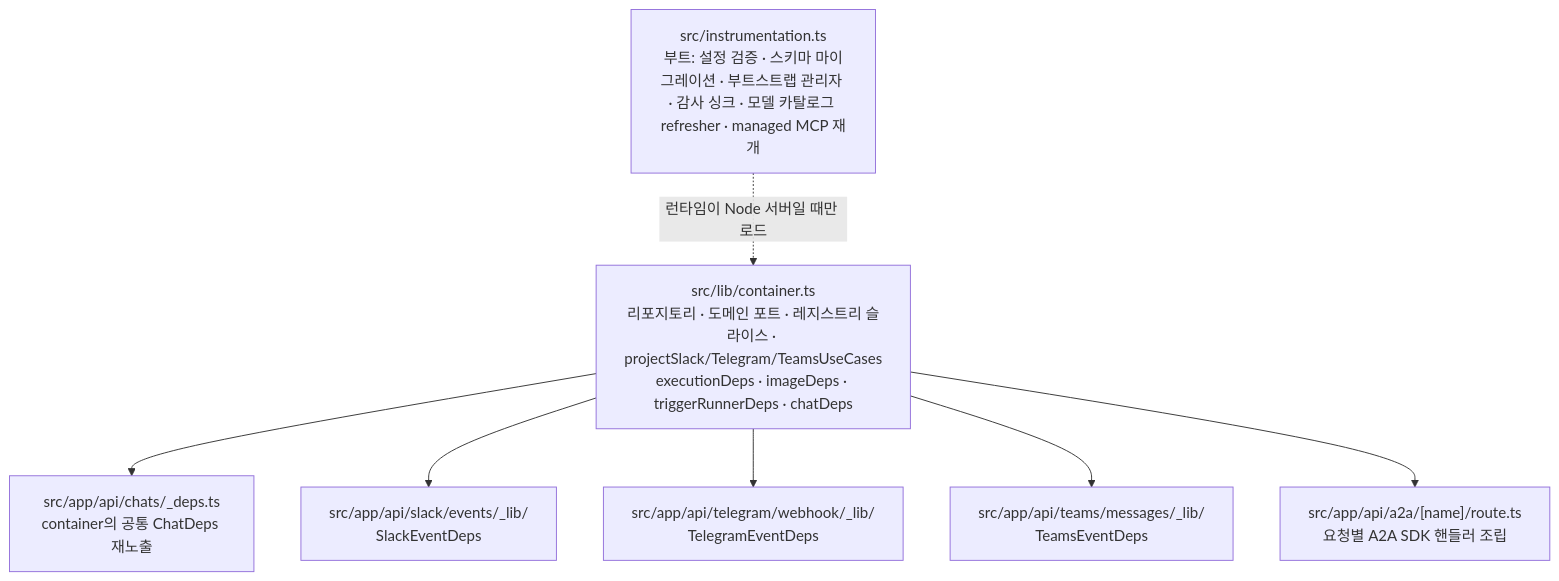
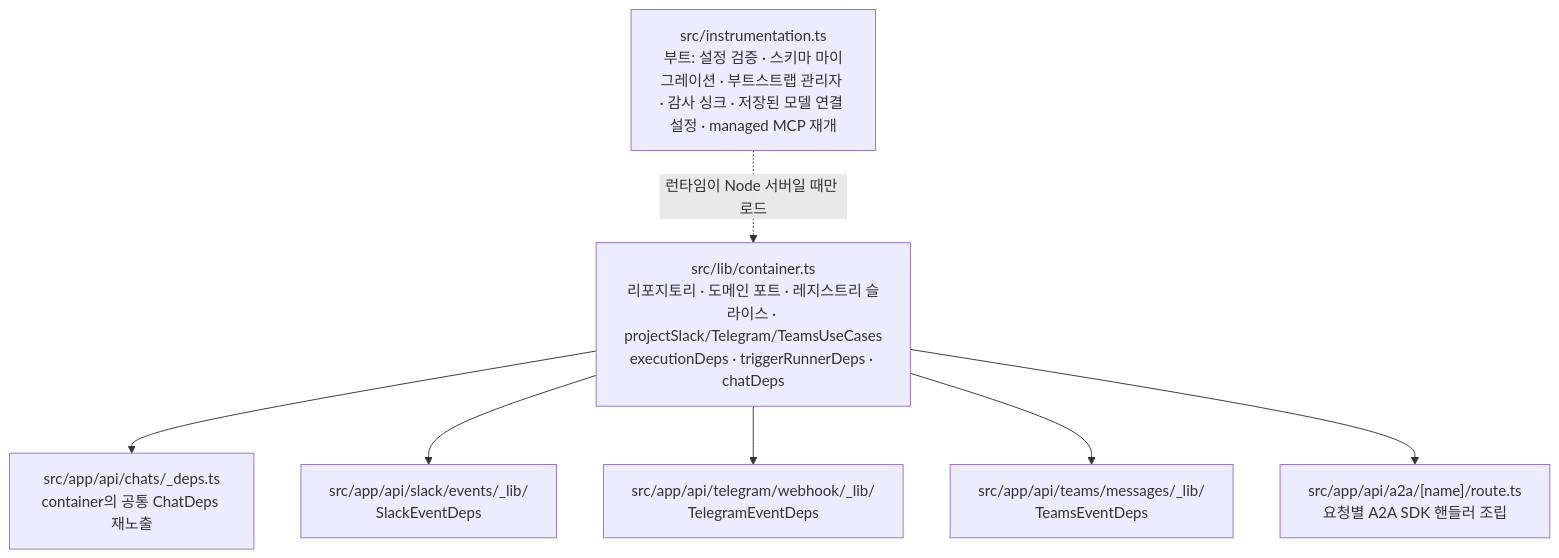
The fifth of 9 diagrams in docs/DIAGRAMS.md (opspresso/agent-studio), drawn with Mermaid before and after one commit. The commit also changed other lines of this file and 2 other files, not shown here.

Commit message:
docs: align execution diagrams and API output contracts

````diff
--- a/docs/DIAGRAMS.md
+++ b/docs/DIAGRAMS.md
@@ -188,17 +187,17 @@
 ```mermaid
 flowchart TB
-  container["src/lib/container.ts<br/>리포지토리 · 도메인 포트 · 레지스트리 슬라이스 · projectSlack/Telegram/TeamsUseCases<br/>executionDeps · imageDeps · triggerRunnerDeps · chatDeps"]
+  container["src/lib/container.ts<br/>리포지토리 · 도메인 포트 · 레지스트리 슬라이스 · projectSlack/Telegram/TeamsUseCases<br/>executionDeps · triggerRunnerDeps · chatDeps"]
   chatdeps["src/app/api/chats/_deps.ts<br/>container의 공통 ChatDeps 재노출"]
   slackdeps["src/app/api/slack/events/_lib/<br/>SlackEventDeps"]
   tgdeps["src/app/api/telegram/webhook/_lib/<br/>TelegramEventDeps"]
   teamsdeps["src/app/api/teams/messages/_lib/<br/>TeamsEventDeps"]
   a2aroute["src/app/api/a2a/[name]/route.ts<br/>요청별 A2A SDK 핸들러 조립"]
-  boot["src/instrumentation.ts<br/>부트: 설정 검증 · 스키마 마이그레이션 · 부트스트랩 관리자 · 감사 싱크 · 모델 카탈로그 refresher · managed MCP 재개"]
+  boot["src/instrumentation.ts<br/>부트: 설정 검증 · 스키마 마이그레이션 · 부트스트랩 관리자 · 감사 싱크 · 저장된 모델 연결 설정 · managed MCP 재개"]
 
   container --> chatdeps
   container --> slackdeps
   container --> tgdeps
   container --> teamsdeps
   container --> a2aroute
   boot -.->|"런타임이 Node 서버일 때만 로드"| container
 ```
````
